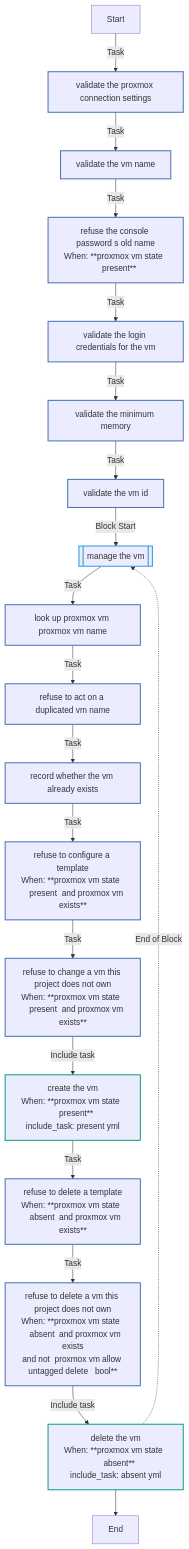
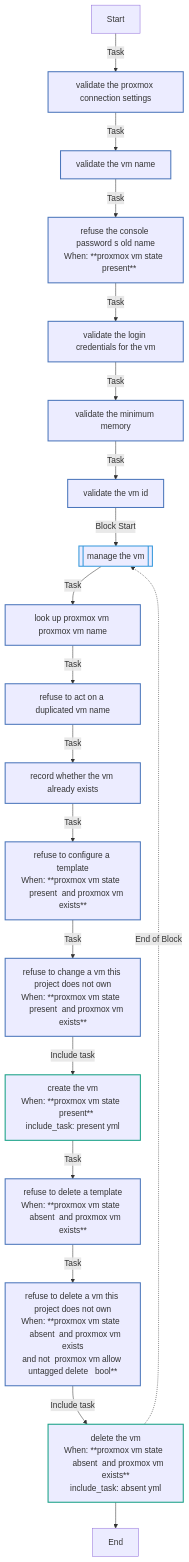
One commit to kawadeomkar/agent-warehouse changed the first of 4 diagrams in docs/reference/roles/proxmox_vm.md. Above: the diagram before and after it, drawn with Mermaid. The commit also changed other lines of this file and 32 other files, not shown here.

````diff
--- a/docs/reference/roles/proxmox_vm.md
+++ b/docs/reference/roles/proxmox_vm.md
@@ -119,31 +119,31 @@
 ```mermaid
 flowchart TD
 Start
 classDef block stroke:#3498db,stroke-width:2px;
 classDef task stroke:#4b76bb,stroke-width:2px;
 classDef includeTasks stroke:#16a085,stroke-width:2px;
 classDef importTasks stroke:#34495e,stroke-width:2px;
 classDef includeRole stroke:#2980b9,stroke-width:2px;
 classDef importRole stroke:#699ba7,stroke-width:2px;
 classDef includeVars stroke:#8e44ad,stroke-width:2px;
 classDef rescue stroke:#665352,stroke-width:2px;
 
   Start-->|Task| Validate_the_Proxmox_connection_settings0[validate the proxmox connection settings]:::task
   Validate_the_Proxmox_connection_settings0-->|Task| Validate_the_VM_name1[validate the vm name]:::task
   Validate_the_VM_name1-->|Task| Refuse_the_console_password_s_old_name2[refuse the console password s old name<br>When: **proxmox vm state     present**]:::task
   Refuse_the_console_password_s_old_name2-->|Task| Validate_the_login_credentials_for_the_VM3[validate the login credentials for the vm]:::task
   Validate_the_login_credentials_for_the_VM3-->|Task| Validate_the_minimum_memory4[validate the minimum memory]:::task
   Validate_the_minimum_memory4-->|Task| Validate_the_VM_ID5[validate the vm id]:::task
   Validate_the_VM_ID5-->|Block Start| Manage_the_VM6_block_start_0[[manage the vm]]:::block
   Manage_the_VM6_block_start_0-->|Task| Look_up_Proxmox_VM_proxmox_vm_name0[look up proxmox vm proxmox vm name]:::task
   Look_up_Proxmox_VM_proxmox_vm_name0-->|Task| Refuse_to_act_on_a_duplicated_VM_name1[refuse to act on a duplicated vm name]:::task
   Refuse_to_act_on_a_duplicated_VM_name1-->|Task| Record_whether_the_VM_already_exists2[record whether the vm already exists]:::task
   Record_whether_the_VM_already_exists2-->|Task| Refuse_to_configure_a_template3[refuse to configure a template<br>When: **proxmox vm state     present  and proxmox vm<br>exists**]:::task
   Refuse_to_configure_a_template3-->|Task| Refuse_to_change_a_VM_this_project_does_not_own4[refuse to change a vm this project does not own<br>When: **proxmox vm state     present  and proxmox vm<br>exists**]:::task
   Refuse_to_change_a_VM_this_project_does_not_own4-->|Include task| Create_the_VM_present_yml_5[create the vm<br>When: **proxmox vm state     present**<br>include_task: present yml]:::includeTasks
   Create_the_VM_present_yml_5-->|Task| Refuse_to_delete_a_template6[refuse to delete a template<br>When: **proxmox vm state     absent  and proxmox vm exists**]:::task
   Refuse_to_delete_a_template6-->|Task| Refuse_to_delete_a_VM_this_project_does_not_own7[refuse to delete a vm this project does not own<br>When: **proxmox vm state     absent  and proxmox vm exists<br>and not  proxmox vm allow untagged delete   bool**]:::task
-  Refuse_to_delete_a_VM_this_project_does_not_own7-->|Include task| Delete_the_VM_absent_yml_8[delete the vm<br>When: **proxmox vm state     absent**<br>include_task: absent yml]:::includeTasks
+  Refuse_to_delete_a_VM_this_project_does_not_own7-->|Include task| Delete_the_VM_absent_yml_8[delete the vm<br>When: **proxmox vm state     absent  and proxmox vm exists**<br>include_task: absent yml]:::includeTasks
   Delete_the_VM_absent_yml_8-.->|End of Block| Manage_the_VM6_block_start_0
   Delete_the_VM_absent_yml_8-->End
 ```
````
